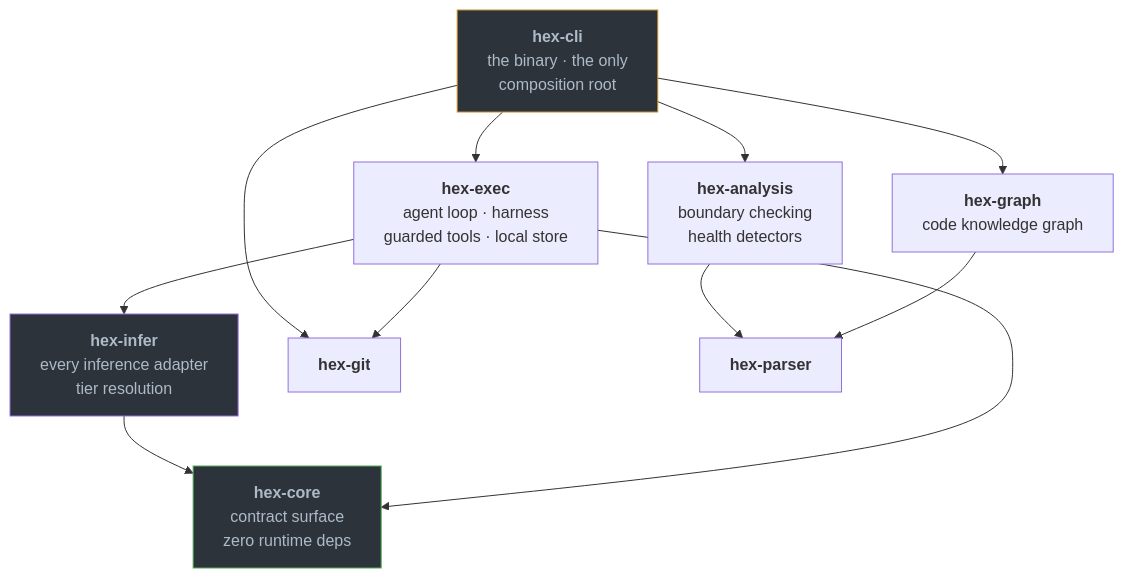
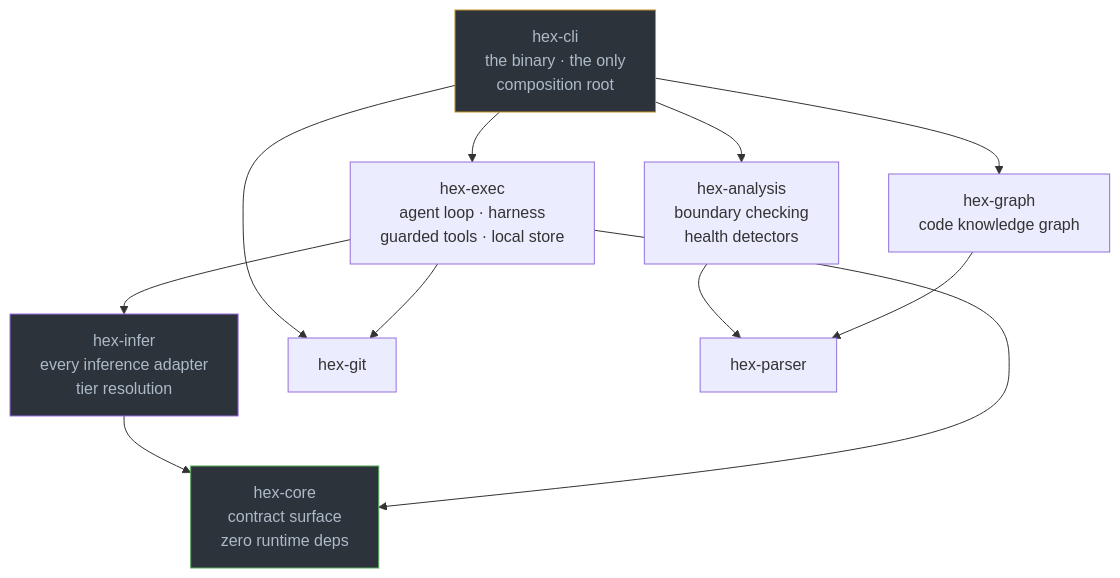
The third of 3 diagrams in ARCHITECTURE.md (gaberger/hex), drawn with Mermaid before and after one commit. The commit also changed other lines of this file and 2 other files, not shown here.

````diff
--- a/ARCHITECTURE.md
+++ b/ARCHITECTURE.md
@@ -107,26 +107,26 @@
 ```mermaid
 flowchart TB
-    CLI["<b>hex-cli</b><br/>the binary · the only<br/>composition root"]
-    EXEC["<b>hex-exec</b><br/>agent loop · harness<br/>guarded tools · local store"]
-    INFER["<b>hex-infer</b><br/>every inference adapter<br/>tier resolution"]
-    ANAL["<b>hex-analysis</b><br/>boundary checking<br/>health detectors"]
-    GRAPH["<b>hex-graph</b><br/>code knowledge graph"]
-    GIT["<b>hex-git</b>"]
-    PARSE["<b>hex-parser</b>"]
-    CORE["<b>hex-core</b><br/>contract surface<br/>zero runtime deps"]
+    CLI["hex-cli<br/>the binary · the only<br/>composition root"]
+    EXEC["hex-exec<br/>agent loop · harness<br/>guarded tools · local store"]
+    INFER["hex-infer<br/>every inference adapter<br/>tier resolution"]
+    ANAL["hex-analysis<br/>boundary checking<br/>health detectors"]
+    GRAPH["hex-graph<br/>code knowledge graph"]
+    GIT["hex-git"]
+    PARSE["hex-parser"]
+    CORE["hex-core<br/>contract surface<br/>zero runtime deps"]
 
     CLI --> EXEC
     CLI --> ANAL
     CLI --> GRAPH
     CLI --> GIT
     EXEC --> INFER
     EXEC --> GIT
     INFER --> CORE
     EXEC --> CORE
     ANAL --> PARSE
     GRAPH --> PARSE
 
     style CORE fill:#2d333b,stroke:#57ab5a,color:#adbac7
     style INFER fill:#2d333b,stroke:#986ee2,color:#adbac7
     style CLI fill:#2d333b,stroke:#c69026,color:#adbac7
 ```
````
